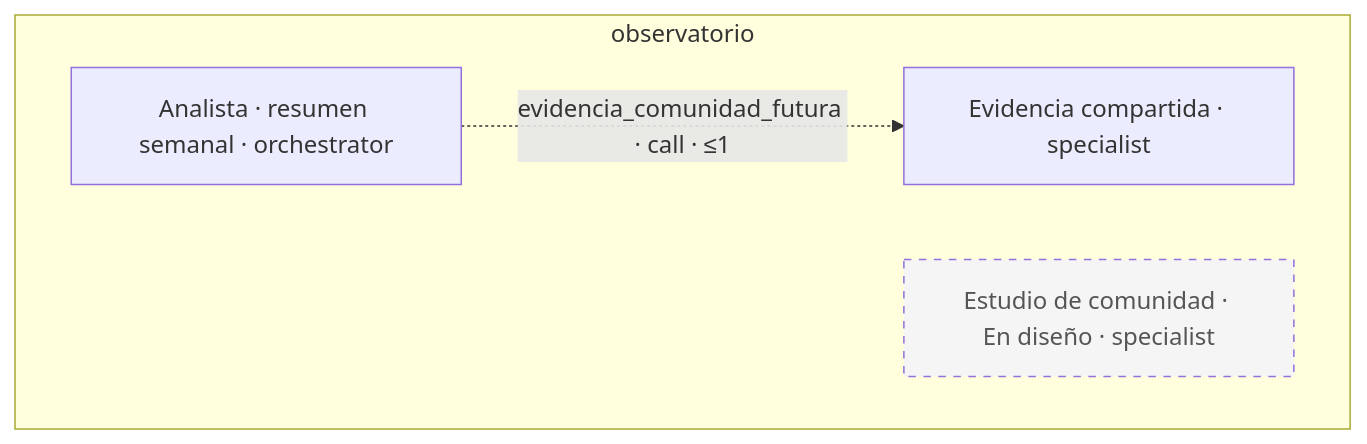
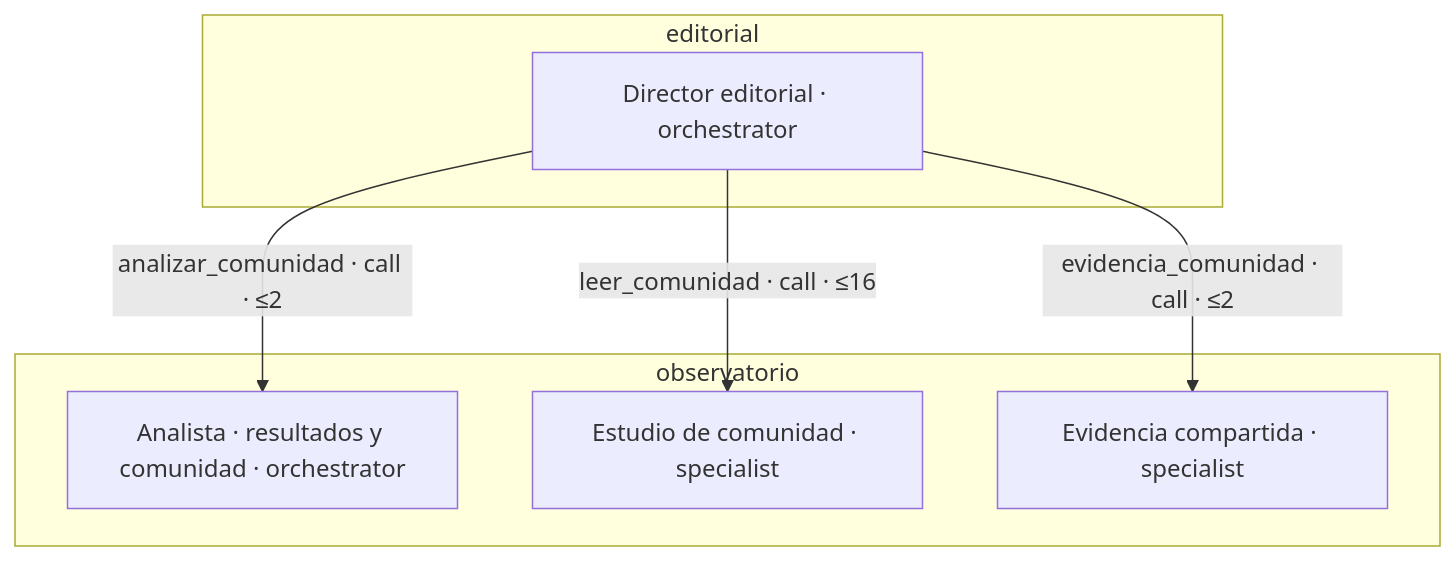
One commit to gustavop-dev/barrio-ai changed diagram 12 of 13 in docs/arquitectura/grafo.md. Above: the diagram before and after it, drawn with Mermaid. The commit also changed other lines of this file and 33 other files, not shown here.

First line of the commit message:
feat(lectores): fase 6 — estudio mensual de la comunidad para los cinco lectores

````diff
--- a/docs/arquitectura/grafo.md
+++ b/docs/arquitectura/grafo.md
@@ -415,11 +414,15 @@
 ```mermaid
 flowchart TD
   classDef planned stroke-dasharray: 5 5,fill:#f5f5f5,color:#555;
+  subgraph grupo_editorial["editorial"]
+    director_editorial["Director editorial · orchestrator"]
+  end
   subgraph grupo_observatorio["observatorio"]
-    analista_barrio_resultados["Analista · resumen semanal · orchestrator"]
-    estudio_comunidad["Estudio de comunidad · En diseño · specialist"]
-    class estudio_comunidad planned;
+    analista_barrio_resultados["Analista · resultados y comunidad · orchestrator"]
+    estudio_comunidad["Estudio de comunidad · specialist"]
     evidencia_compartida["Evidencia compartida · specialist"]
   end
-  analista_barrio_resultados -.->|"evidencia_comunidad_futura · call · ≤1"| evidencia_compartida
+  director_editorial -->|"evidencia_comunidad · call · ≤2"| evidencia_compartida
+  director_editorial -->|"leer_comunidad · call · ≤16"| estudio_comunidad
+  director_editorial -->|"analizar_comunidad · call · ≤2"| analista_barrio_resultados
 ```
````
